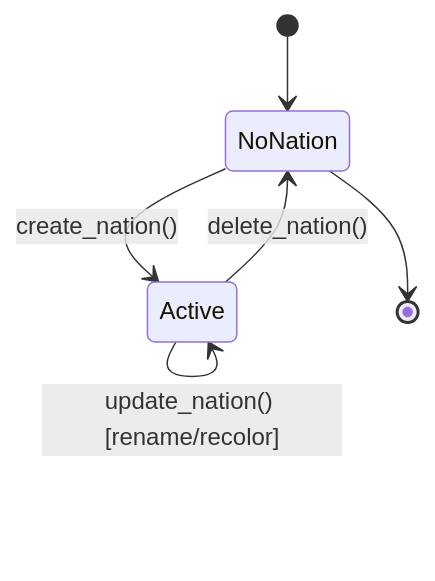
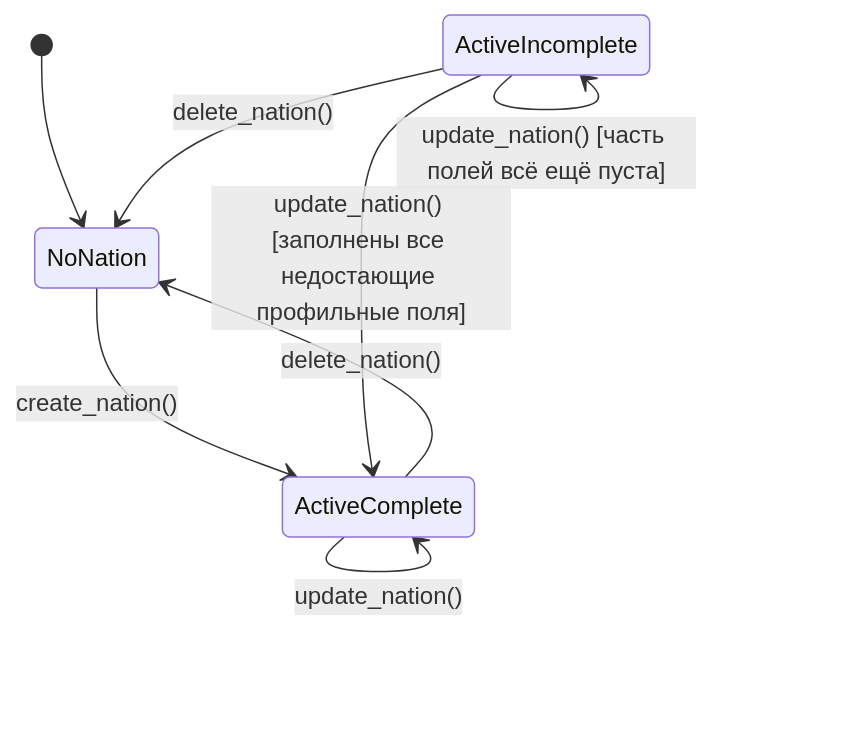
The first of 3 diagrams in docs/02_SYSTEM_SPECS/00_core.md (e-vostok/project-goliath), drawn with Mermaid before and after one commit. The commit also changed other lines of this file and 24 other files, not shown here.

````diff
--- a/docs/02_SYSTEM_SPECS/00_core.md
+++ b/docs/02_SYSTEM_SPECS/00_core.md
@@ -98,8 +108,10 @@
 ```mermaid
 stateDiagram-v2
     [*] --> NoNation
-    NoNation --> Active: create_nation()
-    Active --> Active: update_nation() [rename/recolor]
-    Active --> NoNation: delete_nation()
-    NoNation --> [*]
+    NoNation --> ActiveComplete: create_nation()
+    ActiveIncomplete --> ActiveComplete: update_nation() [заполнены все недостающие профильные поля]
+    ActiveIncomplete --> ActiveIncomplete: update_nation() [часть полей всё ещё пуста]
+    ActiveComplete --> ActiveComplete: update_nation()
+    ActiveComplete --> NoNation: delete_nation()
+    ActiveIncomplete --> NoNation: delete_nation()
 ```
````
